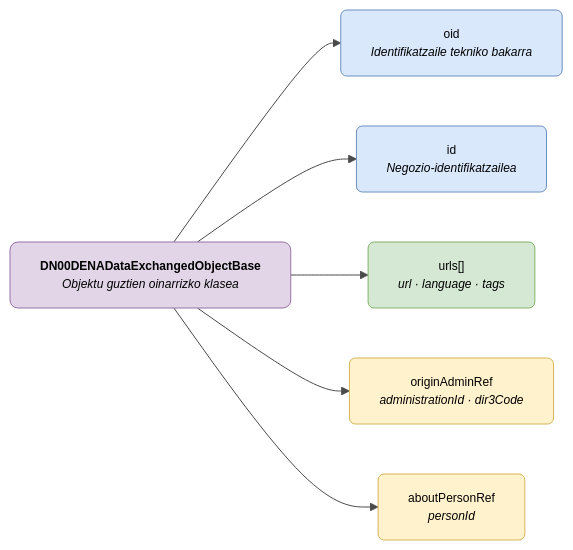
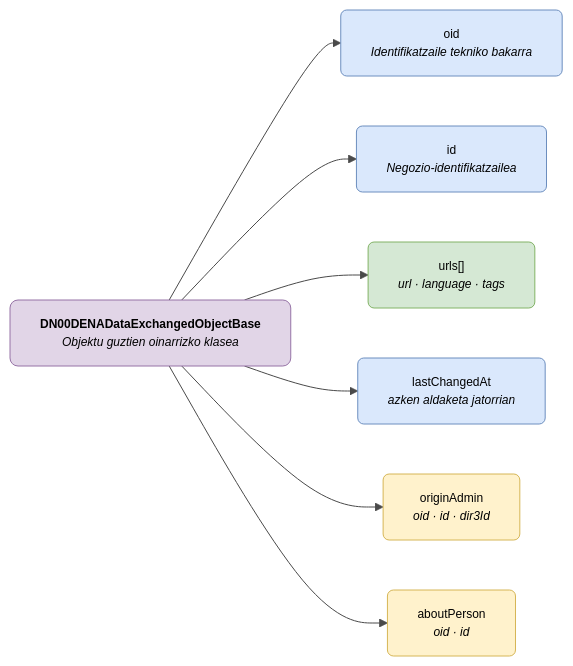
One commit to DENA-Euskadi/dena-euskadi.github.io changed the diagram in docs/semantica/data-retrieve/data/campos-comunes.eu.md. Above: the diagram before and after it, drawn with Mermaid. The commit also changed other lines of this file and 117 other files, not shown here.

````diff
--- a/docs/semantica/data-retrieve/data/campos-comunes.eu.md
+++ b/docs/semantica/data-retrieve/data/campos-comunes.eu.md
@@ -12,27 +12,29 @@
 ```mermaid
 ---
 config:
   theme: base
   themeVariables:
     primaryColor: "#FFFFFF"
     primaryTextColor: "#000000"
     primaryBorderColor: "#CCCCCC"
     lineColor: "#4A4A4A"
     fontSize: "12px"
 ---
 flowchart LR
     BASE["<b>DN00DENADataExchangedObjectBase</b><br/><i>Objektu guztien oinarrizko klasea</i>"]
 
     BASE --> OID["oid<br/><i>Identifikatzaile tekniko bakarra</i>"]
     BASE --> ID["id<br/><i>Negozio-identifikatzailea</i>"]
     BASE --> URLS["urls[]<br/><i>url · language · tags</i>"]
-    BASE --> ADMIN["originAdminRef<br/><i>administrationId · dir3Code</i>"]
-    BASE --> PERSON["aboutPersonRef<br/><i>personId</i>"]
+    BASE --> CHANGED["lastChangedAt<br/><i>azken aldaketa jatorrian</i>"]
+    BASE --> ADMIN["originAdmin<br/><i>oid · id · dir3Id</i>"]
+    BASE --> PERSON["aboutPerson<br/><i>oid · id</i>"]
 
     style BASE fill:#e1d5e7,stroke:#9673a6,color:#000000,rx:8,ry:8
     style OID fill:#dae8fc,stroke:#6c8ebf,color:#000000,rx:6,ry:6
     style ID fill:#dae8fc,stroke:#6c8ebf,color:#000000,rx:6,ry:6
     style URLS fill:#d5e8d4,stroke:#82b366,color:#000000,rx:6,ry:6
+    style CHANGED fill:#dae8fc,stroke:#6c8ebf,color:#000000,rx:6,ry:6
     style ADMIN fill:#fff2cc,stroke:#d6b656,color:#000000,rx:6,ry:6
     style PERSON fill:#fff2cc,stroke:#d6b656,color:#000000,rx:6,ry:6
 ```
````
